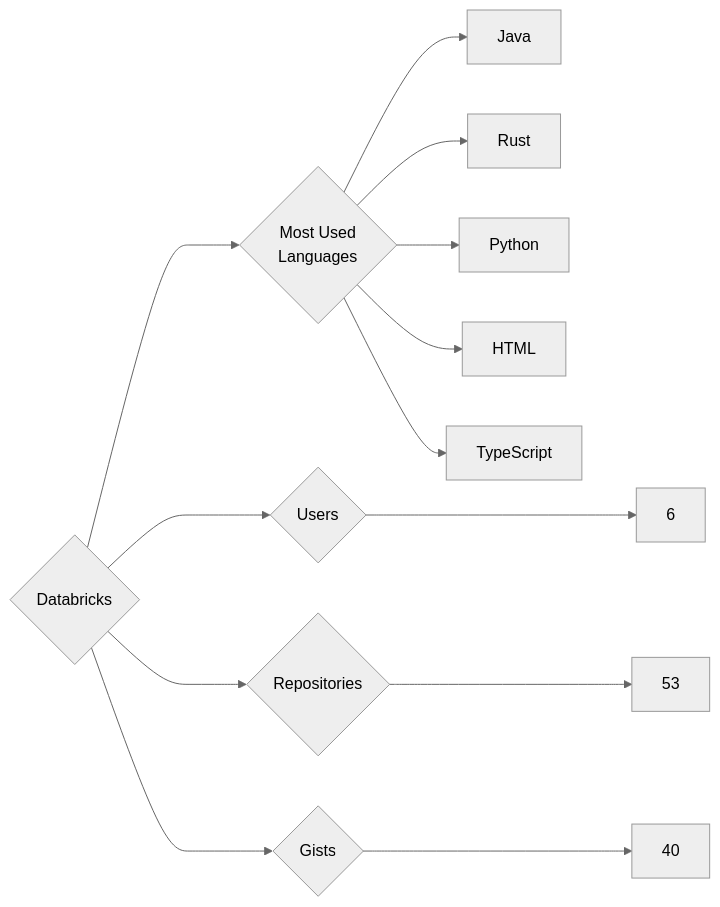
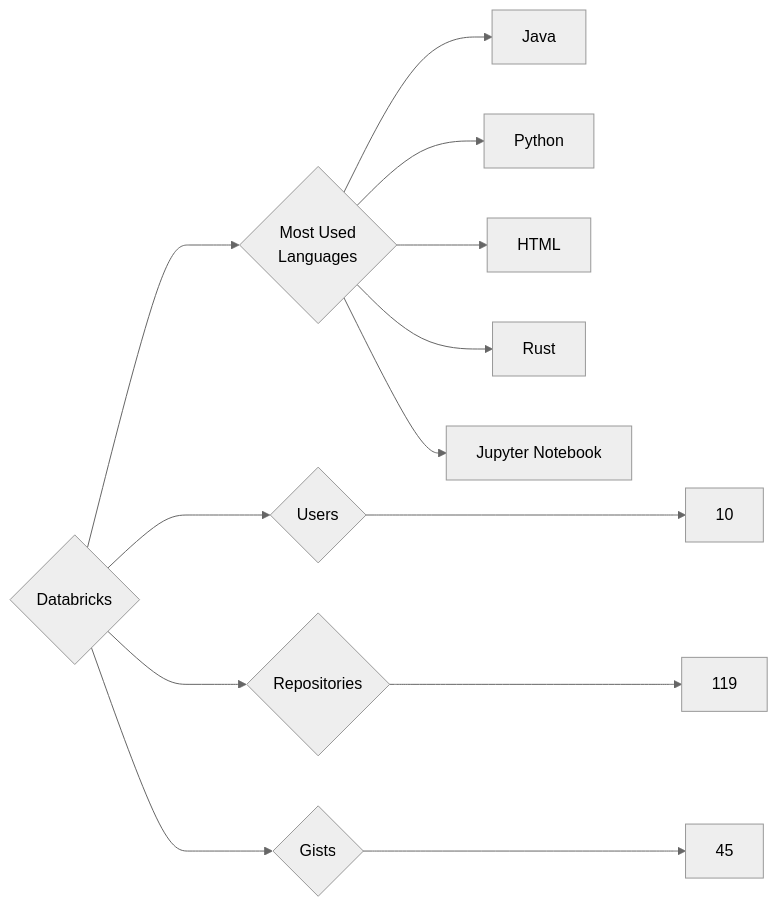
The diagram in targets/Databricks/README.md (trickest/insiders), drawn with Mermaid (neutral theme) before and after one commit. The commit also changed 1120 other files, not shown here.

````diff
--- a/targets/Databricks/README.md
+++ b/targets/Databricks/README.md
@@ -3,13 +3,13 @@
 ```mermaid
 graph LR
 COMPANY_NAME{Databricks}
-COMPANY_NAME ---> U{Users} ---> UN[6]
-COMPANY_NAME ---> R{Repositories} ---> RN[53]
-COMPANY_NAME ---> G{Gists} ---> GN[40]
+COMPANY_NAME ---> U{Users} ---> UN[10]
+COMPANY_NAME ---> R{Repositories} ---> RN[119]
+COMPANY_NAME ---> G{Gists} ---> GN[45]
 COMPANY_NAME ---> ML{Most Used<br>Languages}
 ML --> Java[Java]
-ML --> Rust[Rust]
 ML --> Python[Python]
 ML --> HTML[HTML]
-ML --> TypeScript[TypeScript]
+ML --> Rust[Rust]
+ML --> Jupyter_Notebook[Jupyter Notebook]
 ```
````
